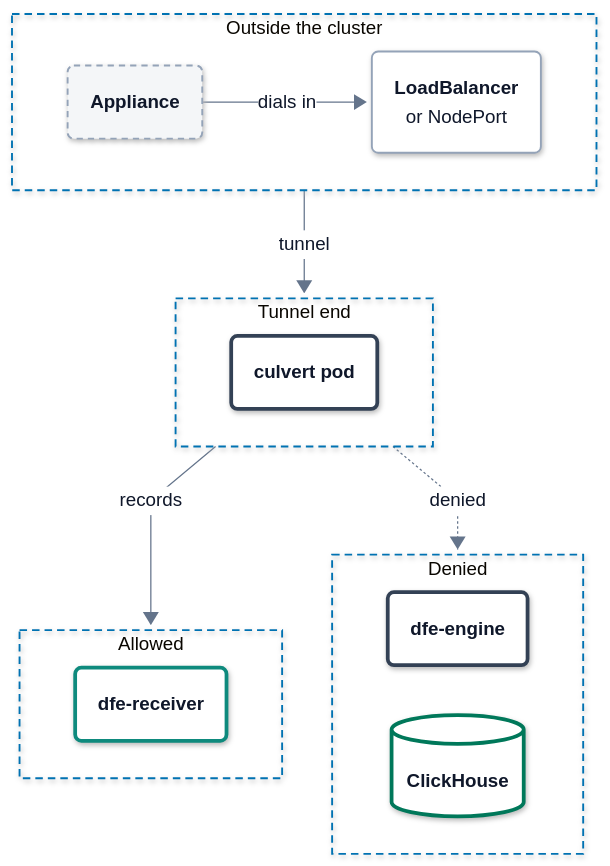
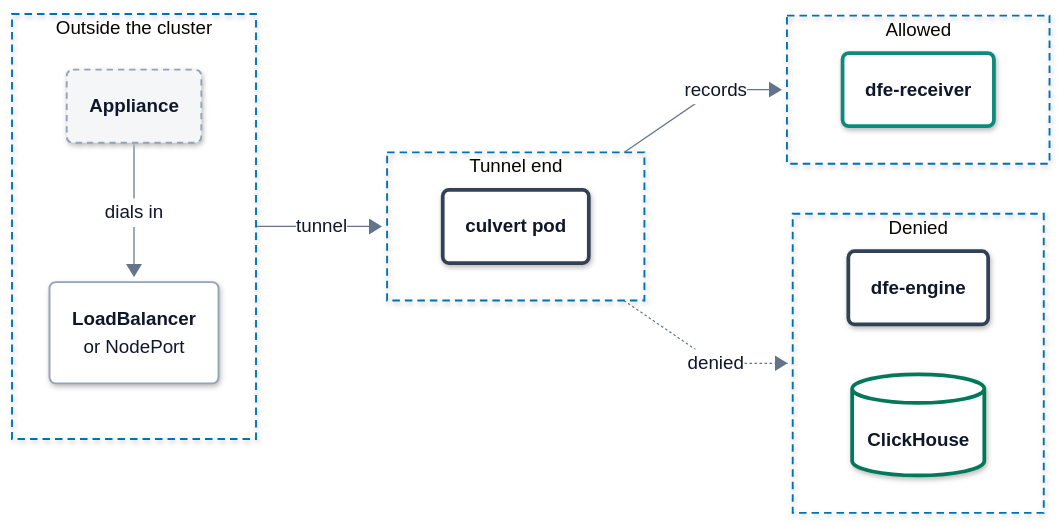
Before and after one commit to hyperi-io/dfe-infra: the diagram in docs/deployment/edge-vpn.md, drawn with Mermaid. The commit also changed 6 other files, not shown here.

First line of the commit message:
docs(diagrams): fit six diagrams under the 600 px limit

```diff
--- a/docs/deployment/edge-vpn.md
+++ b/docs/deployment/edge-vpn.md
@@ -79,11 +79,11 @@
     .ui .label-icon{color:#D9480F}
     .ext .label-icon{color:#64748B}
 ---
-flowchart TB
+flowchart LR
     accTitle: L4 Detail -- Tunnel client reach
     accDescr: An appliance dials in to the public LoadBalancer, or the NodePort on AWS, and its tunnel ends in the culvert pod. From there records reach dfe-receiver, and the paths to dfe-engine and ClickHouse are denied.
     subgraph outside["Outside the cluster"]
-        direction LR
+        direction TB
         appliance("<b>Appliance</b>")
         door("<b>LoadBalancer</b><br/><span>or NodePort</span>")
         appliance -->|dials in| door
```
